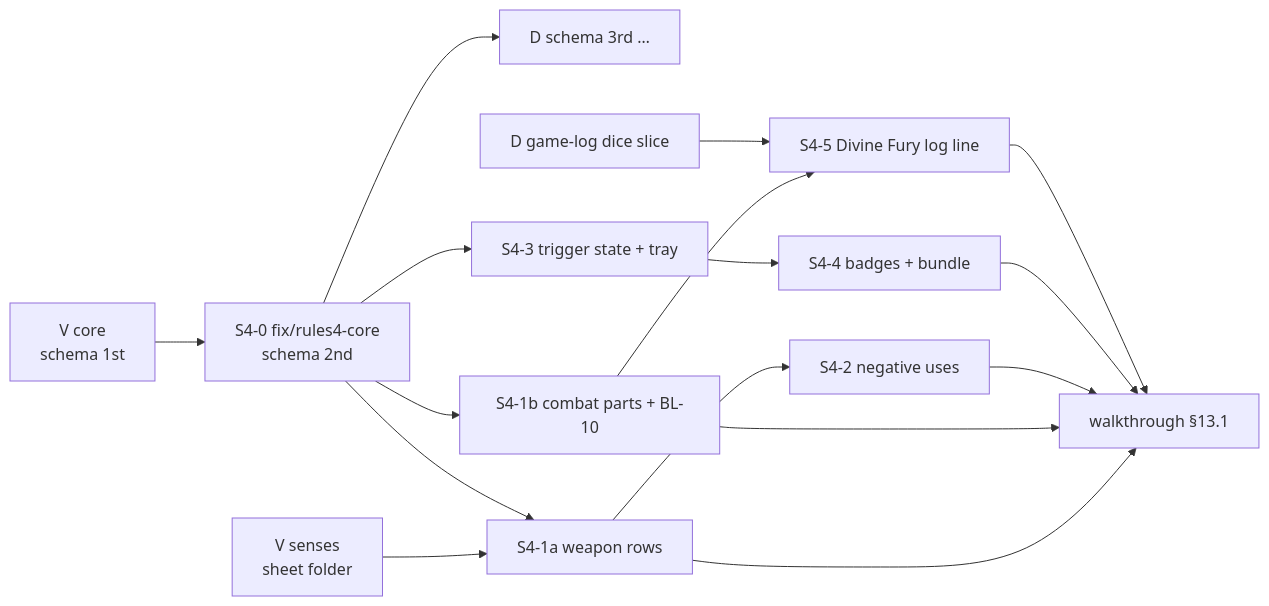
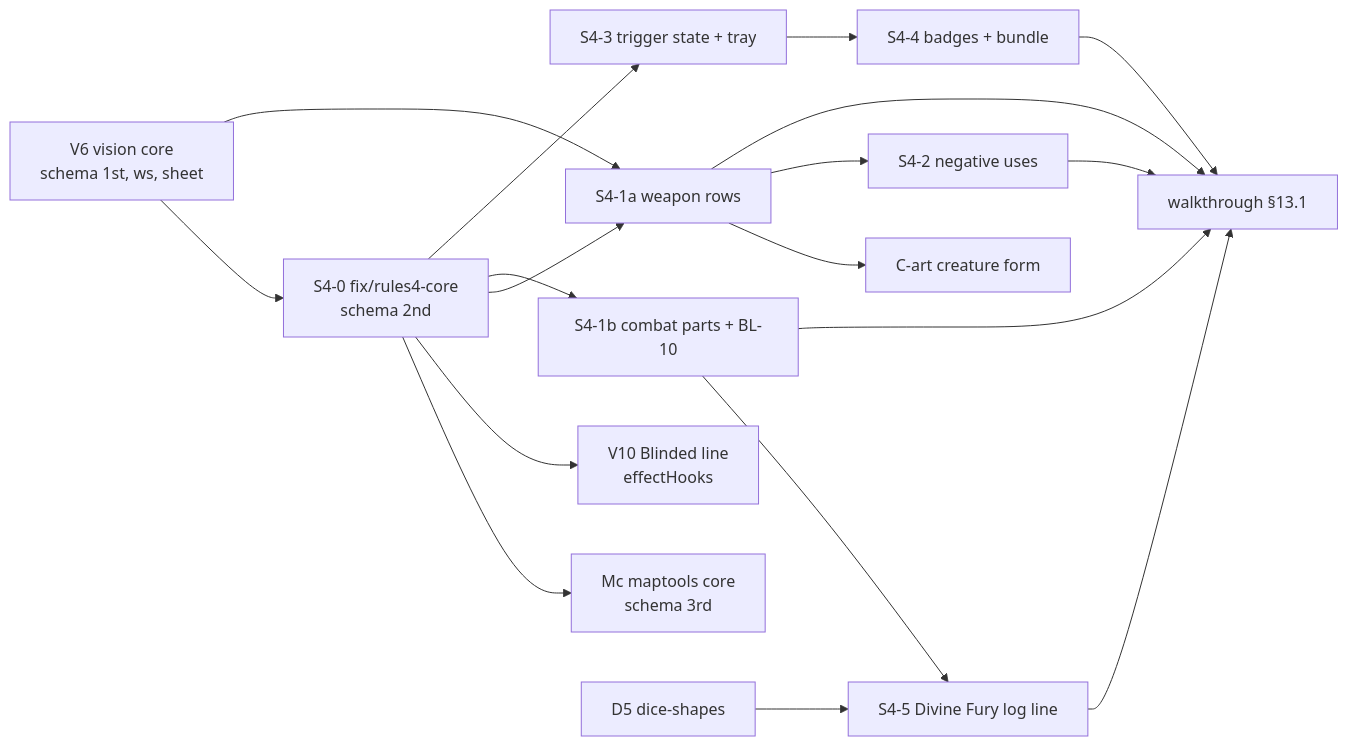
The fourth of 4 diagrams in docs/specs/effect-modifiers.md (szymonbalasz/pocket-plane), drawn with Mermaid before and after one commit. The commit also changed other lines of this file and 3 other files, not shown here.

````diff
--- a/docs/specs/effect-modifiers.md
+++ b/docs/specs/effect-modifiers.md
@@ -756,18 +758,20 @@
 ```mermaid
 flowchart LR
-  VC[V core<br/>schema 1st] --> R0[S4-0 fix/rules4-core<br/>schema 2nd]
-  R0 --> DS[D schema 3rd …]
-  VS[V senses<br/>sheet folder] --> R1a[S4-1a weapon rows]
+  VC[V6 vision core<br/>schema 1st, ws, sheet] --> R0[S4-0 fix/rules4-core<br/>schema 2nd]
+  R0 --> MC[Mc maptools core<br/>schema 3rd]
+  VC --> R1a[S4-1a weapon rows]
+  R1a --> CA[C-art creature form]
+  R0 --> V10[V10 Blinded line<br/>effectHooks]
   R0 --> R1a
   R0 --> R1b[S4-1b combat parts + BL-10]
   R1a --> R2[S4-2 negative uses]
   R0 --> R3[S4-3 trigger state + tray]
   R3 --> R4[S4-4 badges + bundle]
   R1b --> R5[S4-5 Divine Fury log line]
-  DL[D game-log dice slice] --> R5
+  DL[D5 dice-shapes] --> R5
   R1a --> W[walkthrough §13.1]
   R1b --> W
   R2 --> W
   R4 --> W
   R5 --> W
 ```
````
